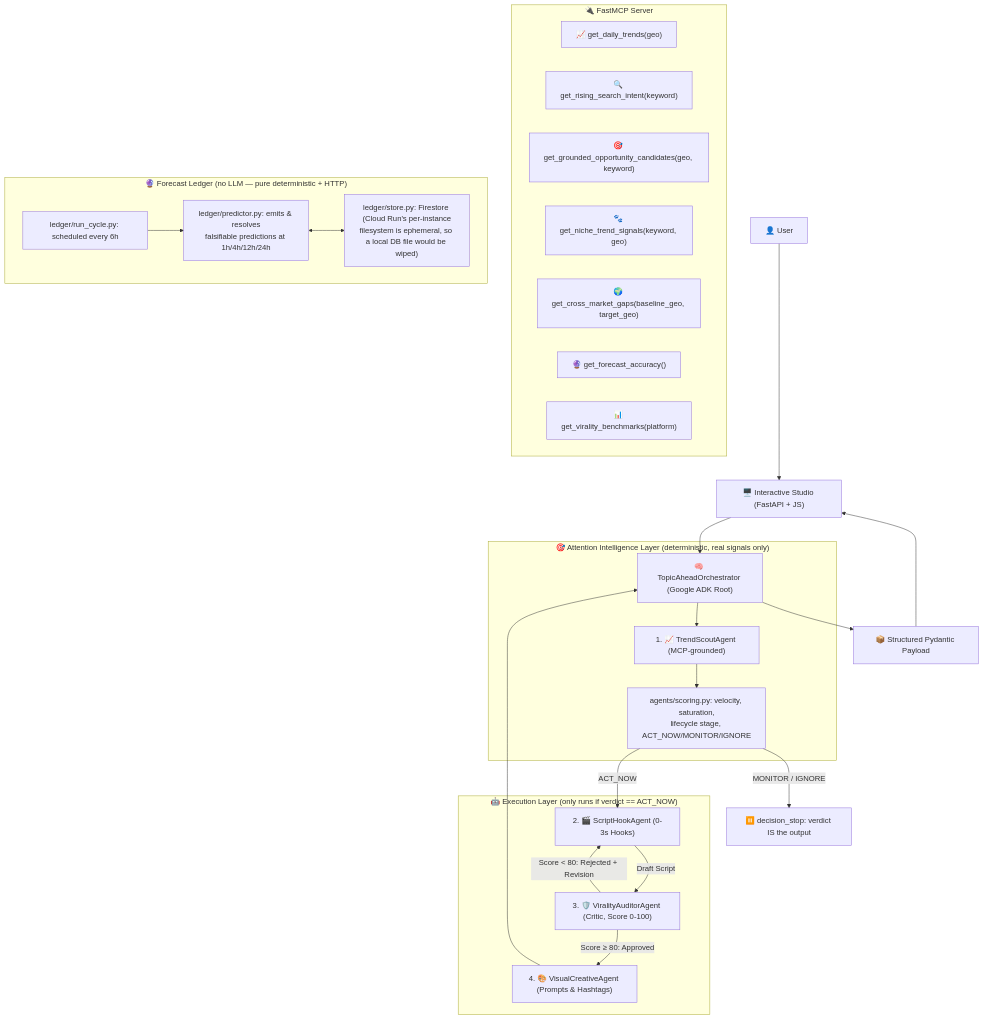
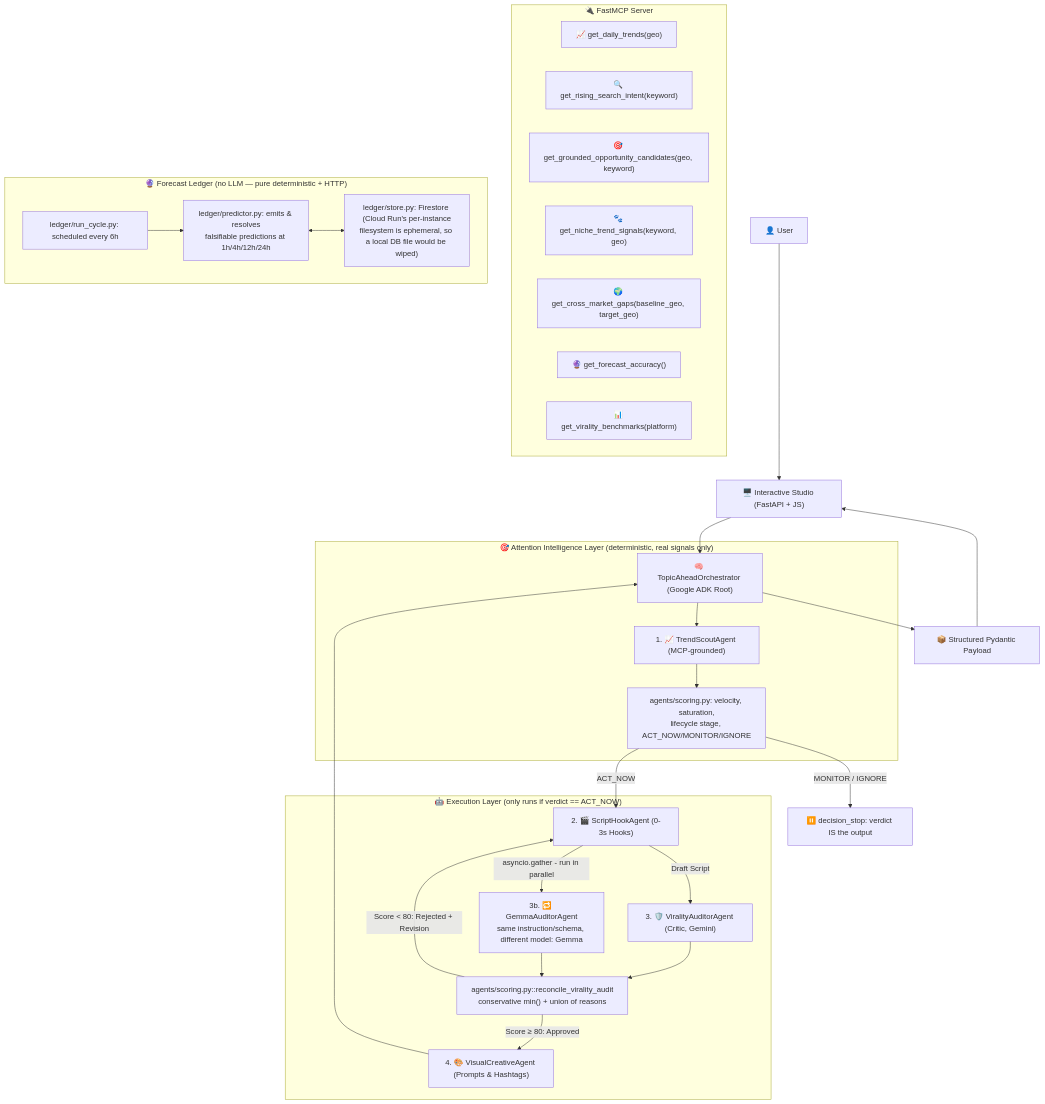
Before and after one commit to yobanrg6-coder/the-promise-ledger: the diagram in README.md, drawn with Mermaid. The commit also changed other lines of this file and 10 other files, not shown here.

First line of the commit message:
Add GemmaAuditorAgent second opinion; fix per-request API key leak and spoofable rate limit

````diff
--- a/README.md
+++ b/README.md
@@ -27,41 +27,44 @@
 ```mermaid
 flowchart TD
     User["👤 User"] --> WebUI["🖥️ Interactive Studio (FastAPI + JS)"]
     WebUI --> Orchestrator["🧠 TopicAheadOrchestrator (Google ADK Root)"]
 
     subgraph MCPLayer ["🔌 FastMCP Server"]
         TrendsTool["📈 get_daily_trends(geo)"]
         IntentTool["🔍 get_rising_search_intent(keyword)"]
         RadarTool["🎯 get_grounded_opportunity_candidates(geo, keyword)"]
         NicheTool["🐾 get_niche_trend_signals(keyword, geo)"]
         GapsTool["🌍 get_cross_market_gaps(baseline_geo, target_geo)"]
         LedgerTool["🔮 get_forecast_accuracy()"]
         BenchmarkTool["📊 get_virality_benchmarks(platform)"]
     end
 
     subgraph AttentionLayer ["🎯 Attention Intelligence Layer (deterministic, real signals only)"]
         Orchestrator --> Agent1["1. 📈 TrendScoutAgent (MCP-grounded)"]
         Agent1 --> Scoring["agents/scoring.py: velocity, saturation,\nlifecycle stage, ACT_NOW/MONITOR/IGNORE"]
     end
 
     subgraph Ledger ["🔮 Forecast Ledger (no LLM — pure deterministic + HTTP)"]
         Predictor["ledger/predictor.py: emits & resolves\nfalsifiable predictions at 1h/4h/12h/24h"]
         Store["ledger/store.py: Firestore (Cloud Run's per-instance\nfilesystem is ephemeral, so a local DB file would be wiped)"]
         Cycle["ledger/run_cycle.py: scheduled every 6h"]
     end
 
     subgraph ExecutionLayer ["🤖 Execution Layer (only runs if verdict == ACT_NOW)"]
         Agent2["2. 🎬 ScriptHookAgent (0-3s Hooks)"]
-        Agent2 -->|"Draft Script"| Agent3["3. 🛡️ ViralityAuditorAgent (Critic, Score 0-100)"]
-        Agent3 -->|"Score < 80: Rejected + Revision"| Agent2
-        Agent3 -->|"Score ≥ 80: Approved"| Agent4["4. 🎨 VisualCreativeAgent (Prompts & Hashtags)"]
+        Agent2 -->|"Draft Script"| Agent3["3. 🛡️ ViralityAuditorAgent (Critic, Gemini)"]
+        Agent2 -->|"asyncio.gather - run in parallel"| Agent3b["3b. 🔁 GemmaAuditorAgent\nsame instruction/schema, different model: Gemma"]
+        Agent3 --> Reconcile["agents/scoring.py::reconcile_virality_audit\nconservative min() + union of reasons"]
+        Agent3b --> Reconcile
+        Reconcile -->|"Score < 80: Rejected + Revision"| Agent2
+        Reconcile -->|"Score ≥ 80: Approved"| Agent4["4. 🎨 VisualCreativeAgent (Prompts & Hashtags)"]
     end
 
     Scoring -->|"ACT_NOW"| Agent2
     Scoring -->|"MONITOR / IGNORE"| Stop["⏸️ decision_stop: verdict IS the output"]
     Agent4 --> Orchestrator
     Predictor <--> Store
     Cycle --> Predictor
     Orchestrator --> Output["📦 Structured Pydantic Payload"]
     Output --> WebUI
 ```
````
